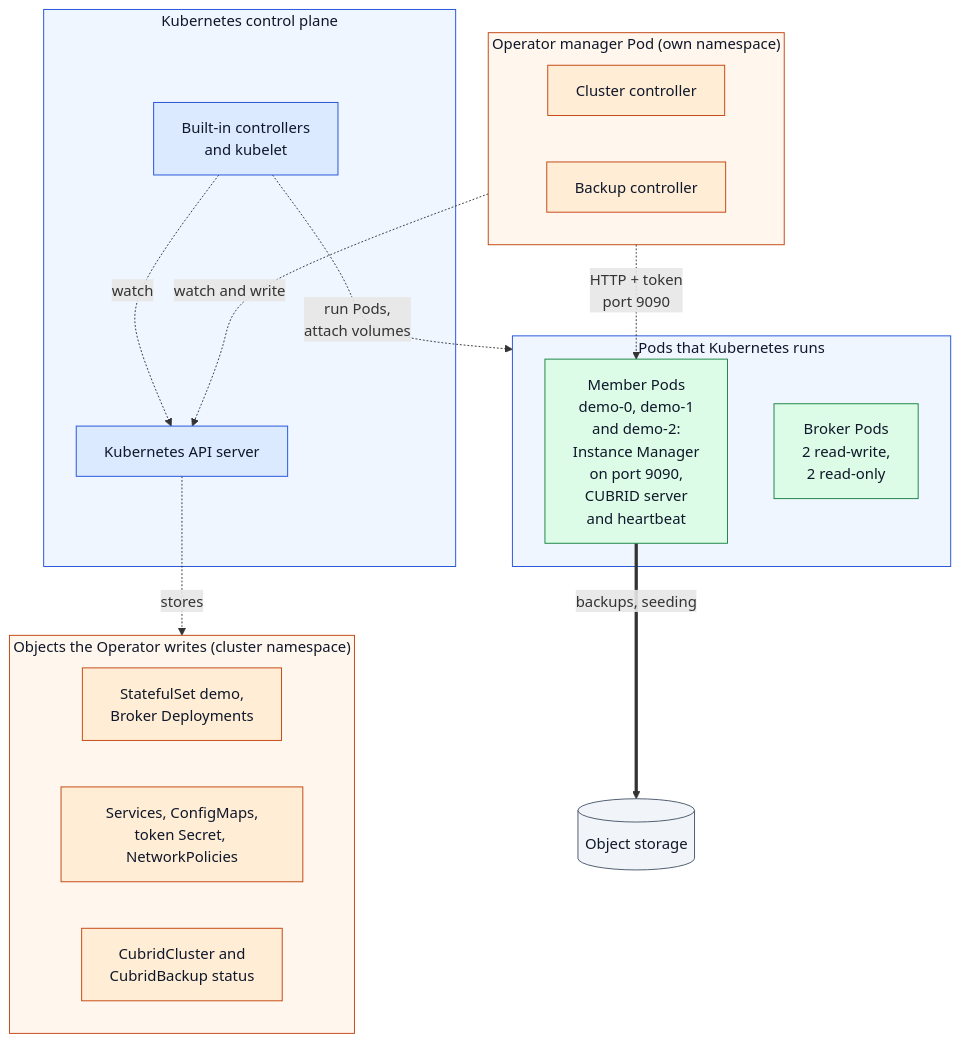
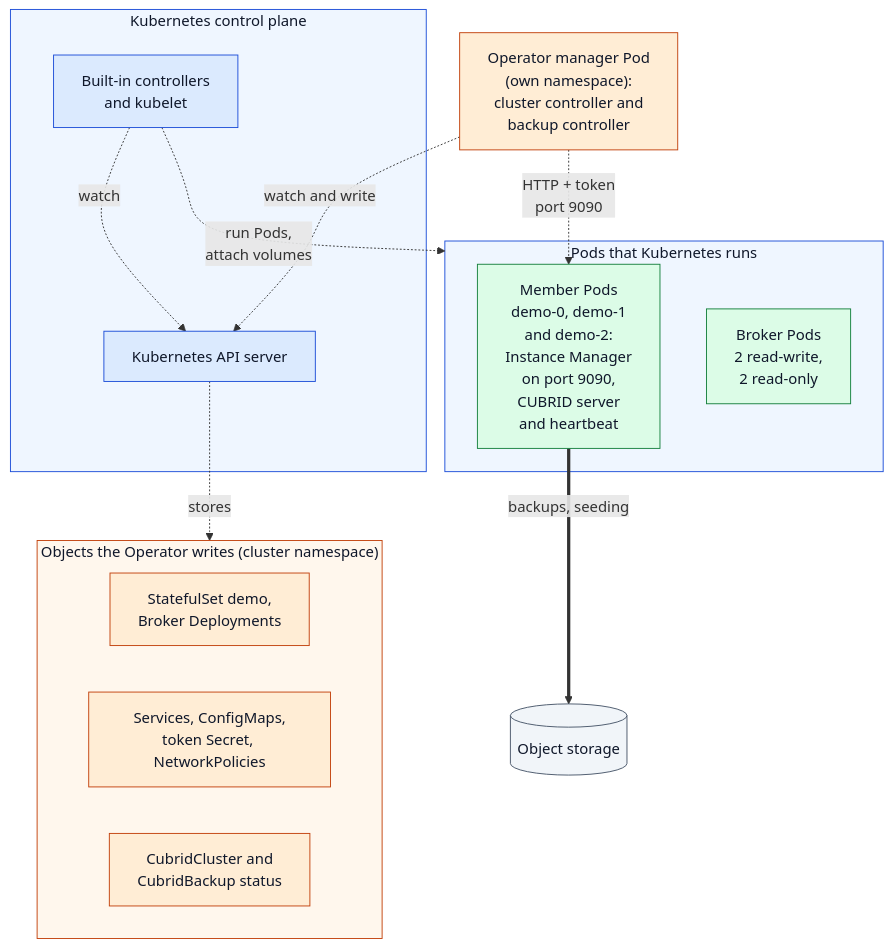
The first of 2 diagrams in docs/architecture/topology.md (cubrid-lab/cubrid-kubernetes-operator), drawn with Mermaid before and after one commit.

Commit message:
docs(architecture): draw the Operator manager Pod as one box in the control path

````diff
--- a/docs/architecture/topology.md
+++ b/docs/architecture/topology.md
@@ -25,42 +25,38 @@
 ```mermaid
 flowchart TB
-    subgraph mgr["Operator manager Pod (own namespace)"]
-        cc["Cluster controller"]:::op
-        bc["Backup controller"]:::op
-    end
+    mgr["Operator manager Pod<br/>(own namespace):<br/>cluster controller and<br/>backup controller"]:::op
 
     subgraph cp["Kubernetes control plane"]
         api["Kubernetes API server"]:::k8s
         builtin["Built-in controllers<br/>and kubelet"]:::k8s
     end
 
     subgraph objs["Objects the Operator writes (cluster namespace)"]
         wl["StatefulSet demo,<br/>Broker Deployments"]:::op
         cfg["Services, ConfigMaps,<br/>token Secret, NetworkPolicies"]:::op
         crs["CubridCluster and<br/>CubridBackup status"]:::op
     end
 
     subgraph run["Pods that Kubernetes runs"]
         members["Member Pods<br/>demo-0, demo-1<br/>and demo-2:<br/>Instance Manager<br/>on port 9090,<br/>CUBRID server<br/>and heartbeat"]:::cubrid
         brokers["Broker Pods<br/>2 read-write,<br/>2 read-only"]:::cubrid
     end
 
     objstore[("Object storage")]:::ext
 
     mgr -. "watch and write" .-> api
     builtin -. "watch" .-> api
     api -. "stores" .-> objs
     builtin -. "run Pods,<br/>attach volumes" .-> run
     mgr -. "HTTP + token<br/>port 9090" .-> members
     members == "backups, seeding" ==> objstore
 
     classDef k8s fill:#dbeafe,stroke:#1d4ed8,color:#0f172a
     classDef op fill:#ffedd5,stroke:#c2410c,color:#0f172a
     classDef cubrid fill:#dcfce7,stroke:#15803d,color:#0f172a
     classDef ext fill:#f1f5f9,stroke:#475569,color:#0f172a
 
-    style mgr fill:#fff7ed,stroke:#c2410c,color:#0f172a
     style objs fill:#fff7ed,stroke:#c2410c,color:#0f172a
     style cp fill:#eff6ff,stroke:#1d4ed8,color:#0f172a
     style run fill:#eff6ff,stroke:#1d4ed8,color:#0f172a
 ```
````
